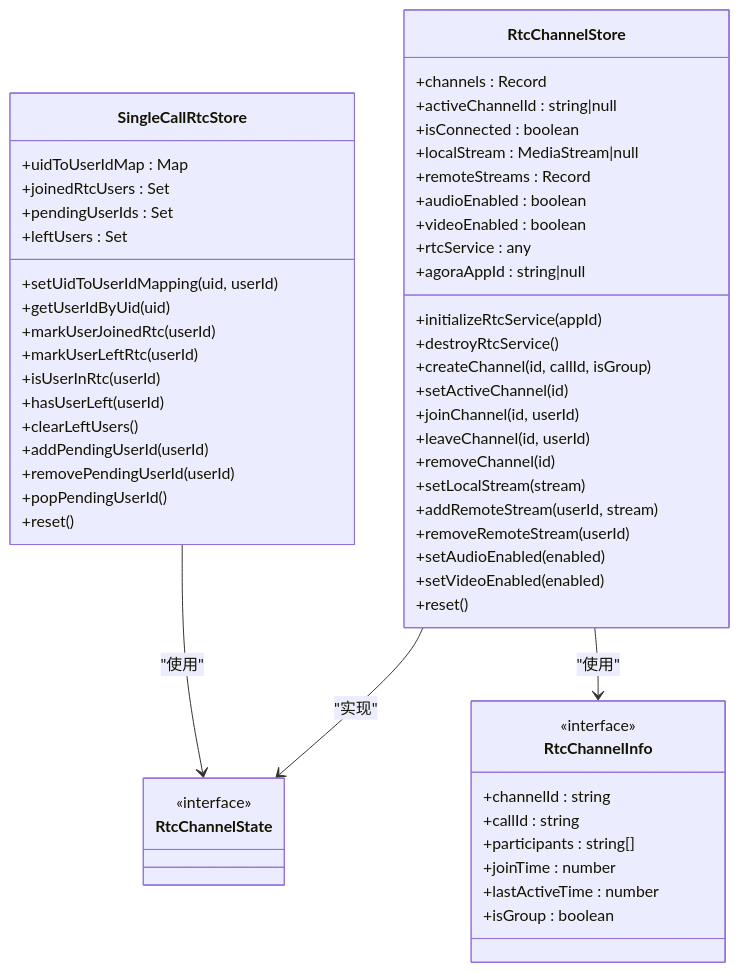
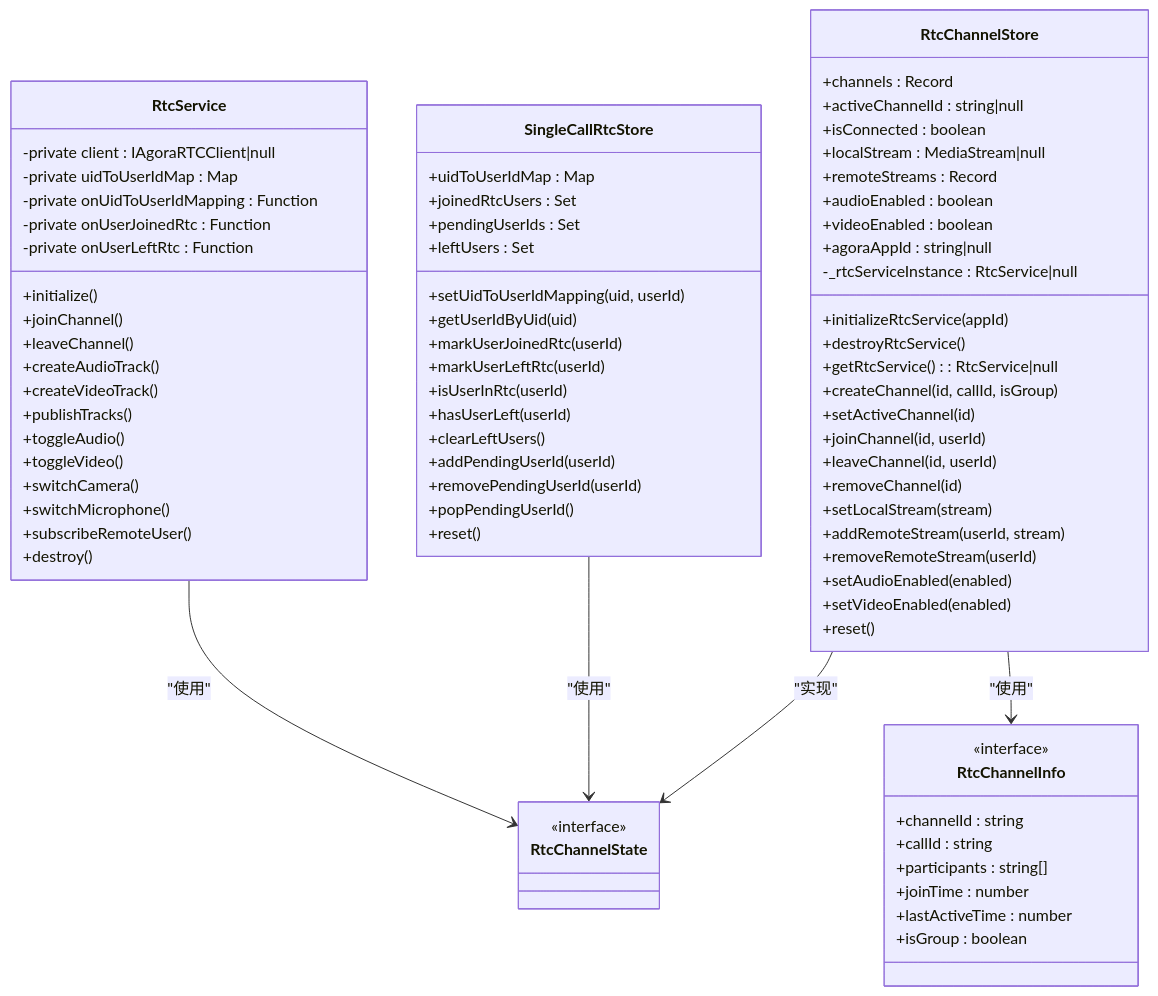
The third of 6 diagrams in .qoder/repowiki/zh/content/状态管理/RtcChannel Store.md (Easemob-Community/easemob-uikit-callkit-vue3), drawn with Mermaid before and after one commit. The commit also changed other lines of this file and 40 other files, not shown here.

````diff
--- a/.qoder/repowiki/zh/content/状态管理/RtcChannel Store.md
+++ b/.qoder/repowiki/zh/content/状态管理/RtcChannel Store.md
@@ -157,59 +159,80 @@
 ```mermaid
 classDiagram
 class RtcChannelStore {
 +channels : Record<string, RtcChannelInfo>
 +activeChannelId : string|null
 +isConnected : boolean
 +localStream : MediaStream|null
 +remoteStreams : Record<string, MediaStream>
 +audioEnabled : boolean
 +videoEnabled : boolean
-+rtcService : any
 +agoraAppId : string|null
+-_rtcServiceInstance : RtcService|null
 +initializeRtcService(appId)
 +destroyRtcService()
++getRtcService() : RtcService|null
 +createChannel(id, callId, isGroup)
 +setActiveChannel(id)
 +joinChannel(id, userId)
 +leaveChannel(id, userId)
 +removeChannel(id)
 +setLocalStream(stream)
 +addRemoteStream(userId, stream)
 +removeRemoteStream(userId)
 +setAudioEnabled(enabled)
 +setVideoEnabled(enabled)
 +reset()
 }
 class SingleCallRtcStore {
 +uidToUserIdMap : Map<string,string>
 +joinedRtcUsers : Set<string>
 +pendingUserIds : Set<string>
 +leftUsers : Set<string>
 +setUidToUserIdMapping(uid, userId)
 +getUserIdByUid(uid)
 +markUserJoinedRtc(userId)
 +markUserLeftRtc(userId)
 +isUserInRtc(userId)
 +hasUserLeft(userId)
 +clearLeftUsers()
 +addPendingUserId(userId)
 +removePendingUserId(userId)
 +popPendingUserId()
 +reset()
 }
+class RtcService {
+-private client : IAgoraRTCClient|null
+-private uidToUserIdMap : Map<string,string>
+-private onUidToUserIdMapping : Function
+-private onUserJoinedRtc : Function
+-private onUserLeftRtc : Function
++initialize()
++joinChannel()
++leaveChannel()
++createAudioTrack()
++createVideoTrack()
++publishTracks()
++toggleAudio()
++toggleVideo()
++switchCamera()
++switchMicrophone()
++subscribeRemoteUser()
++destroy()
+}
 class RtcChannelState {
 <<interface>>
 }
 class RtcChannelInfo {
 <<interface>>
 +channelId : string
 +callId : string
 +participants : string[]
 +joinTime : number
 +lastActiveTime : number
 +isGroup : boolean
 }
 RtcChannelStore --> RtcChannelState : "实现"
 RtcChannelStore --> RtcChannelInfo : "使用"
 SingleCallRtcStore --> RtcChannelState : "使用"
+RtcService --> RtcChannelState : "使用"
 ```
````
